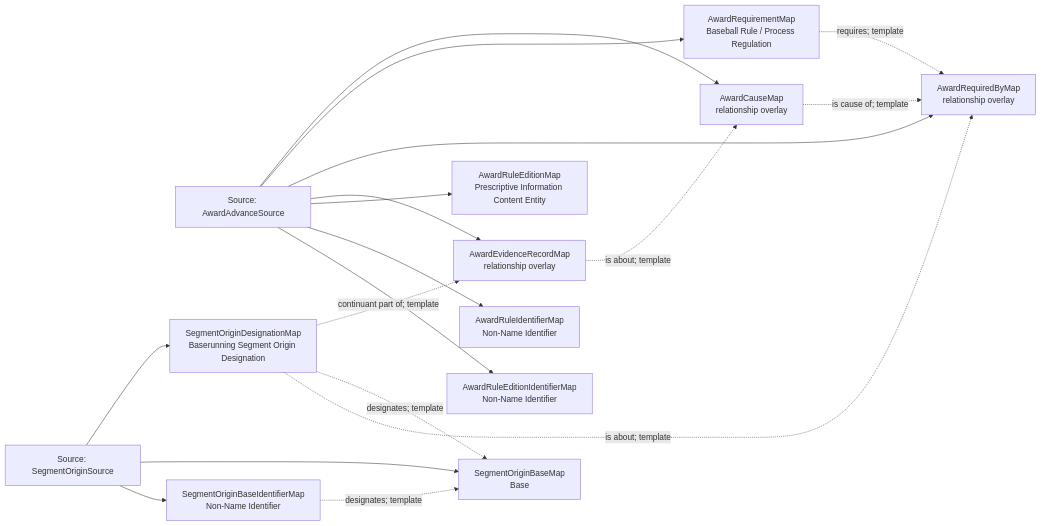
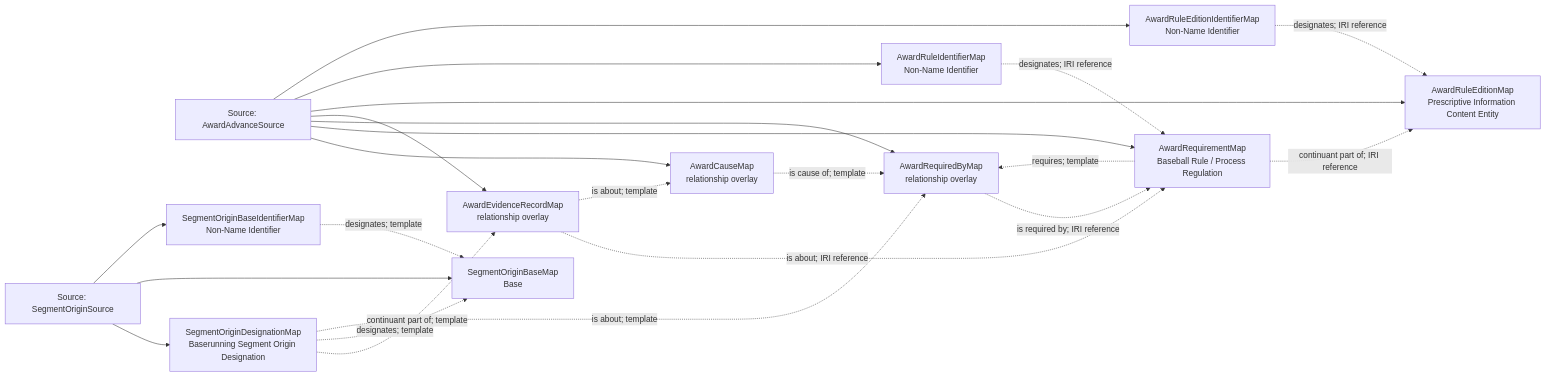
Before and after one commit to CarterBeauBenson/BaseballO: the diagram in Baseball/mermaid/patterns/mlb-game/63-award-cause-and-segment-origin.md, drawn with Mermaid. The commit also changed other lines of this file and 152 other files, not shown here.

````diff
--- a/Baseball/mermaid/patterns/mlb-game/63-award-cause-and-segment-origin.md
+++ b/Baseball/mermaid/patterns/mlb-game/63-award-cause-and-segment-origin.md
@@ -10,32 +10,37 @@
 ```mermaid
 flowchart LR
     S01["Source: AwardAdvanceSource"]
     S02["Source: SegmentOriginSource"]
     M01["SegmentOriginDesignationMap<br/>Baserunning Segment Origin Designation"]
     M02["SegmentOriginBaseMap<br/>Base"]
     M03["SegmentOriginBaseIdentifierMap<br/>Non-Name Identifier"]
     M04["AwardCauseMap<br/>relationship overlay"]
     M05["AwardRequirementMap<br/>Baseball Rule / Process Regulation"]
     M06["AwardRequiredByMap<br/>relationship overlay"]
     M07["AwardEvidenceRecordMap<br/>relationship overlay"]
     M08["AwardRuleEditionMap<br/>Prescriptive Information Content Entity"]
     M09["AwardRuleIdentifierMap<br/>Non-Name Identifier"]
     M10["AwardRuleEditionIdentifierMap<br/>Non-Name Identifier"]
     S02 --> M01
     S02 --> M02
     S02 --> M03
     S01 --> M04
     S01 --> M05
     S01 --> M06
     S01 --> M07
     S01 --> M08
     S01 --> M09
     S01 --> M10
     M01 -.->|continuant part of; template| M07
     M01 -.->|designates; template| M02
     M01 -.->|is about; template| M06
     M03 -.->|designates; template| M02
     M04 -.->|is cause of; template| M06
+    M05 -.->|continuant part of; IRI reference| M08
     M05 -.->|requires; template| M06
+    M06 -.->|is required by; IRI reference| M05
+    M07 -.->|is about; IRI reference| M05
     M07 -.->|is about; template| M04
+    M09 -.->|designates; IRI reference| M05
+    M10 -.->|designates; IRI reference| M08
 ```
````
